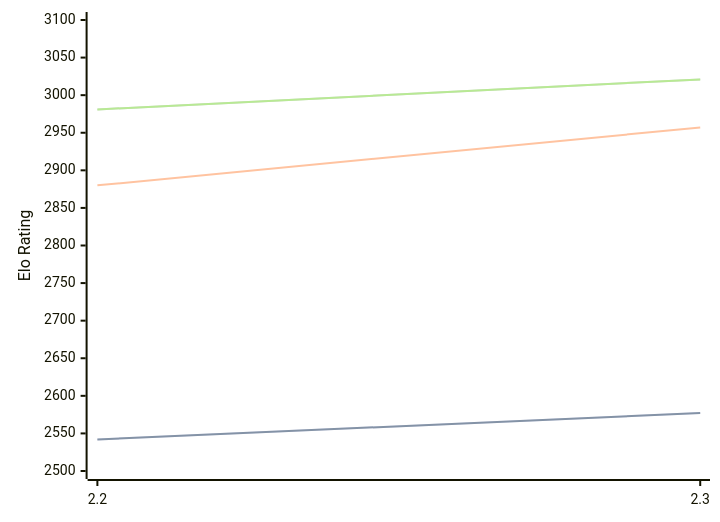
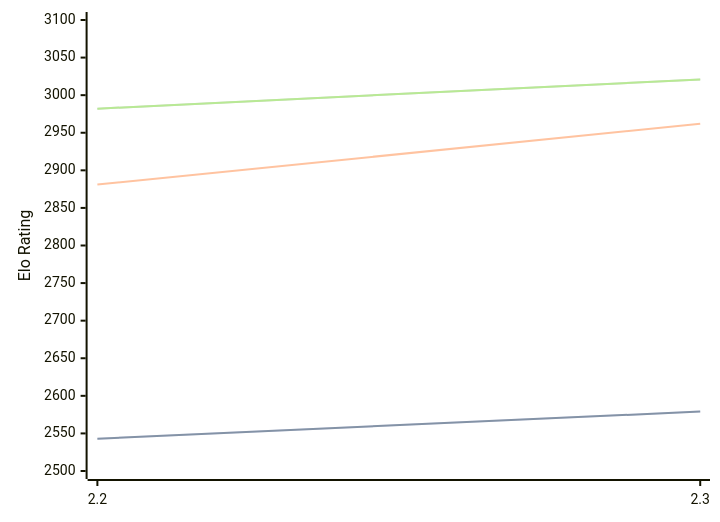
One commit to computer-chess-index/cci changed the diagram in engines/Sloth.md. Above: the diagram before and after it, drawn with Mermaid. The commit also changed other lines of this file, not shown here.

Commit message:
Update CCI Ratings (ELO VLTC) - 2026-10-09

````diff
--- a/engines/Sloth.md
+++ b/engines/Sloth.md
@@ -32,11 +32,11 @@
 ```mermaid
 %%{init: {"theme":"base","themeVariables":{"seriesColors:['#a3a3a3','#222221','#faa371']}}}%%
 xychart-beta
   x-axis ["2.2", "2.3"]
   y-axis "Elo Rating" 2500 --> 3100
-  line "" [2542, 2577]
-  line "STC (8.0+0.08s)" [2542, 2577]
-  line "LTC (60.0+0.60s)" [2880, 2957]
-  line "" [2981, 3021]
-  line "VLTC (2m24s+1.12s)" [2981, 3021]
+  line "" [2543, 2579]
+  line "STC (8.0+0.08s)" [2543, 2579]
+  line "LTC (60.0+0.60s)" [2881, 2962]
+  line "" [2982, 3021]
+  line "VLTC (2m24s+1.12s)" [2982, 3021]
 ```
````
